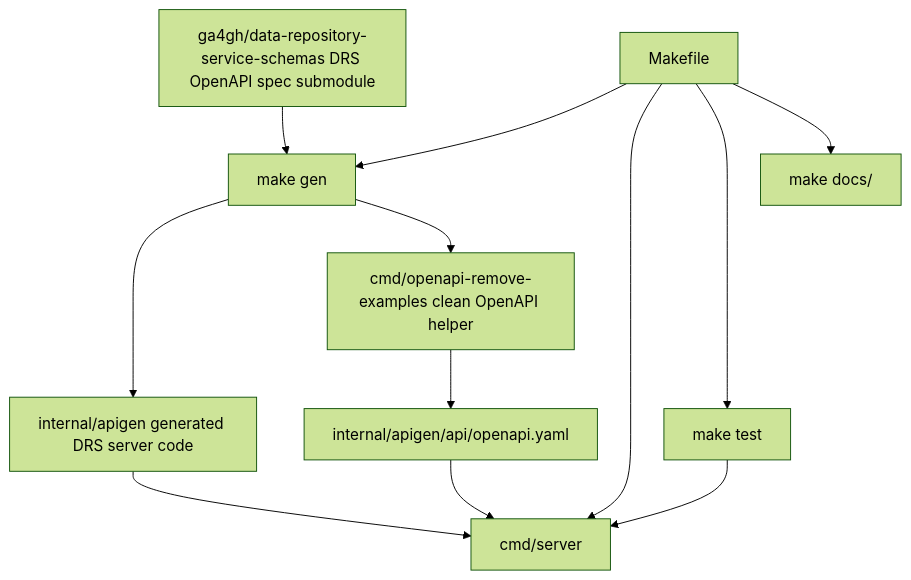
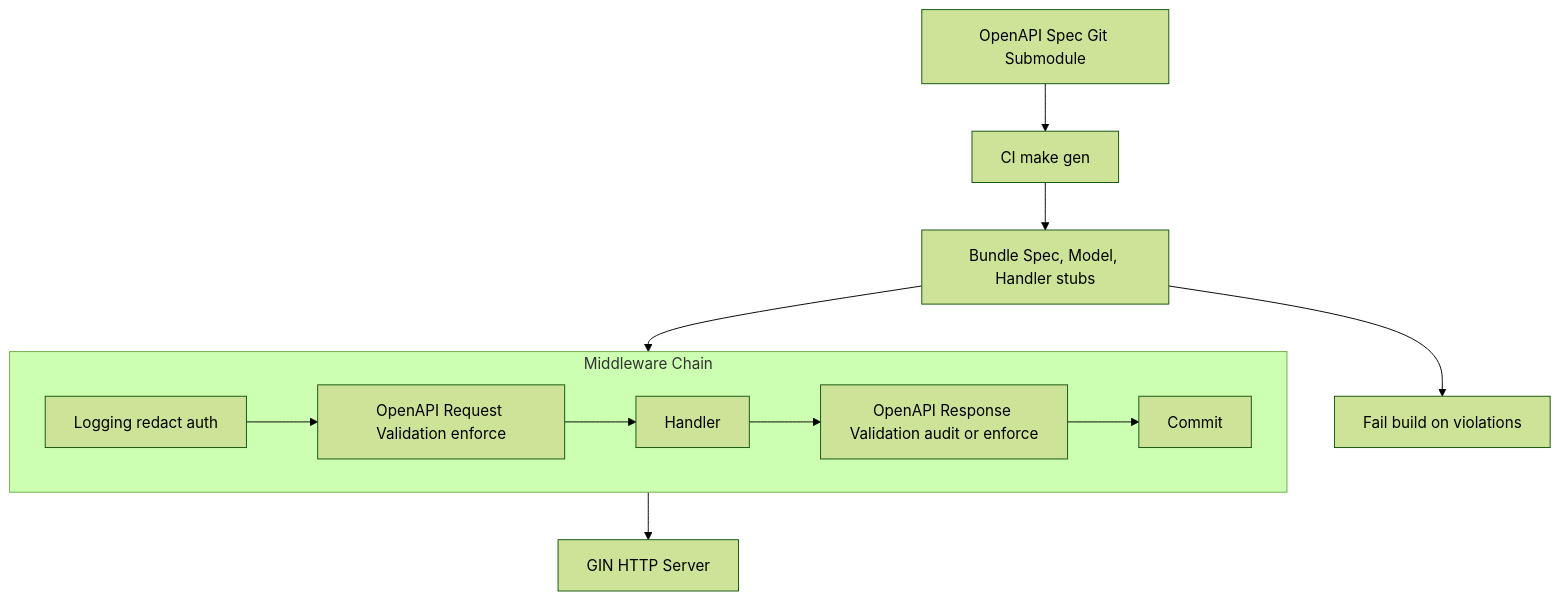
Before and after one commit to calypr/syfon: the diagram in README.md, drawn with Mermaid (forest theme). The commit also changed other lines of this file, not shown here.

Commit message:
improve diagram

````diff
--- a/README.md
+++ b/README.md
@@ -18,15 +18,18 @@
 ```mermaid
-graph TD
-  0[ga4gh/data-repository-service-schemas DRS OpenAPI spec submodule] --> B
-  A[Makefile] --> B[make gen]
-  A --> C2[cmd/server]
-  A --> D[make test]
-  A --> E[make docs/]
+flowchart TB
+  Spec[OpenAPI Spec Git Submodule] --> CI
+  CI[CI make gen] --> Contract[Bundle Spec, Model, Handler stubs]
+  Contract --> MiddlewareChain
+  Contract --> Report[Fail build on violations]
 
-  B --> G[internal/apigen generated DRS server code]
-  B --> H[cmd/openapi-remove-examples clean OpenAPI helper] --> H2[internal/apigen/api/openapi.yaml]
+  subgraph MiddlewareChain[Middleware Chain]
+    LogReq[Logging redact auth] --> ReqVal[OpenAPI Request Validation enforce]
+    ReqVal --> Handler
+    Handler --> RespVal[OpenAPI Response Validation audit or enforce]
+    RespVal --> Commit
+  end
 
-  H2 --> C2
-  D --> C2
-  G --> C2
+  MiddlewareChain --> Gin[GIN HTTP Server]
+
+
 ```
````
